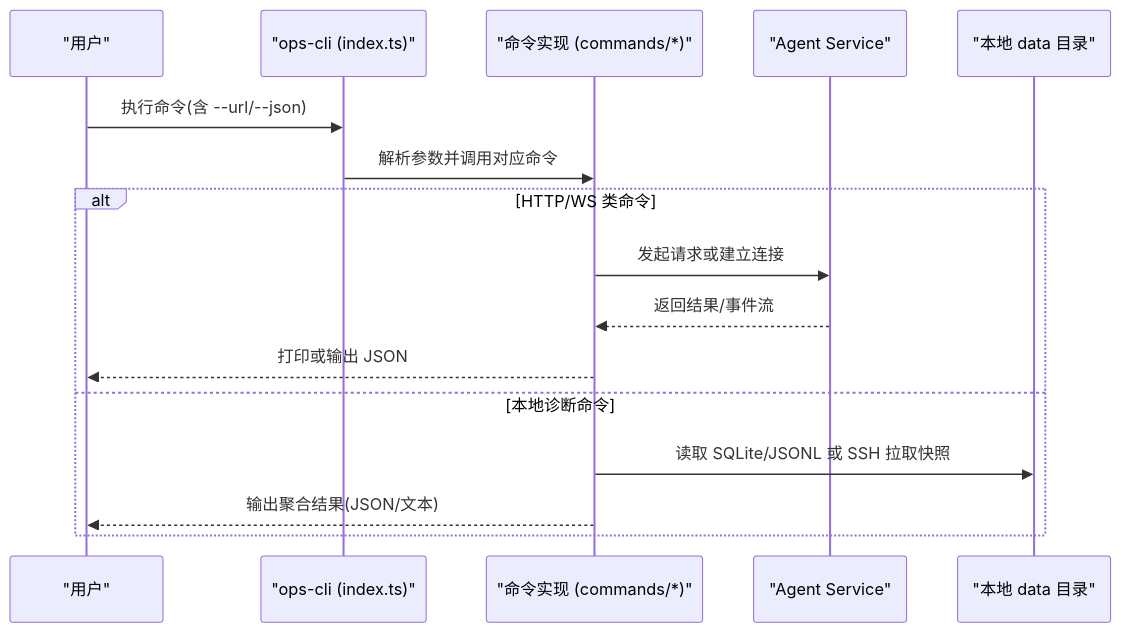
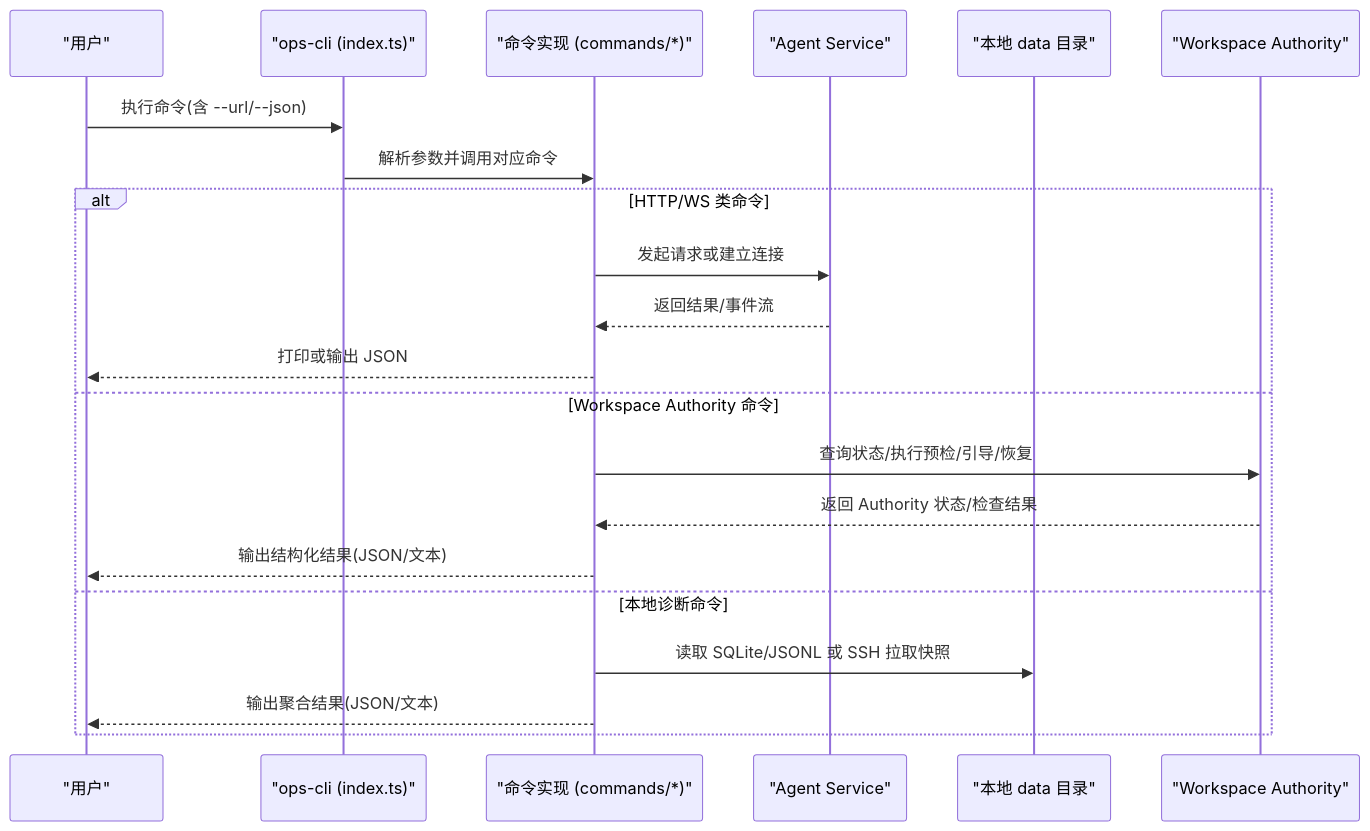
Before and after one commit to qihaogithub/workbench: the second of 6 diagrams in .qoder/repowiki/zh/content/开发工具链/CLI 工具/CLI 工具概览.md, drawn with Mermaid. The commit also changed other lines of this file and 448 other files, not shown here.

````diff
--- a/.qoder/repowiki/zh/content/开发工具链/CLI 工具/CLI 工具概览.md
+++ b/.qoder/repowiki/zh/content/开发工具链/CLI 工具/CLI 工具概览.md
@@ -81,18 +100,23 @@
 ```mermaid
 sequenceDiagram
 participant U as "用户"
 participant CLI as "ops-cli (index.ts)"
 participant CMD as "命令实现 (commands/*)"
 participant API as "Agent Service"
 participant FS as "本地 data 目录"
+participant WA as "Workspace Authority"
 U->>CLI : 执行命令(含 --url/--json)
 CLI->>CMD : 解析参数并调用对应命令
 alt HTTP/WS 类命令
 CMD->>API : 发起请求或建立连接
 API-->>CMD : 返回结果/事件流
 CMD-->>U : 打印或输出 JSON
+else Workspace Authority 命令
+CMD->>WA : 查询状态/执行预检/引导/恢复
+WA-->>CMD : 返回 Authority 状态/检查结果
+CMD-->>U : 输出结构化结果(JSON/文本)
 else 本地诊断命令
 CMD->>FS : 读取 SQLite/JSONL 或 SSH 拉取快照
 CMD-->>U : 输出聚合结果(JSON/文本)
 end
 ```
````
